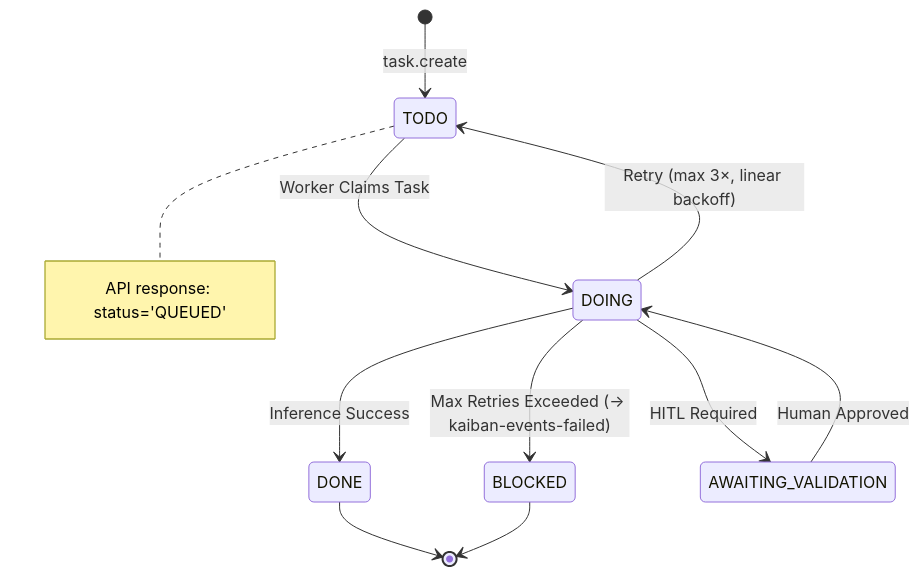
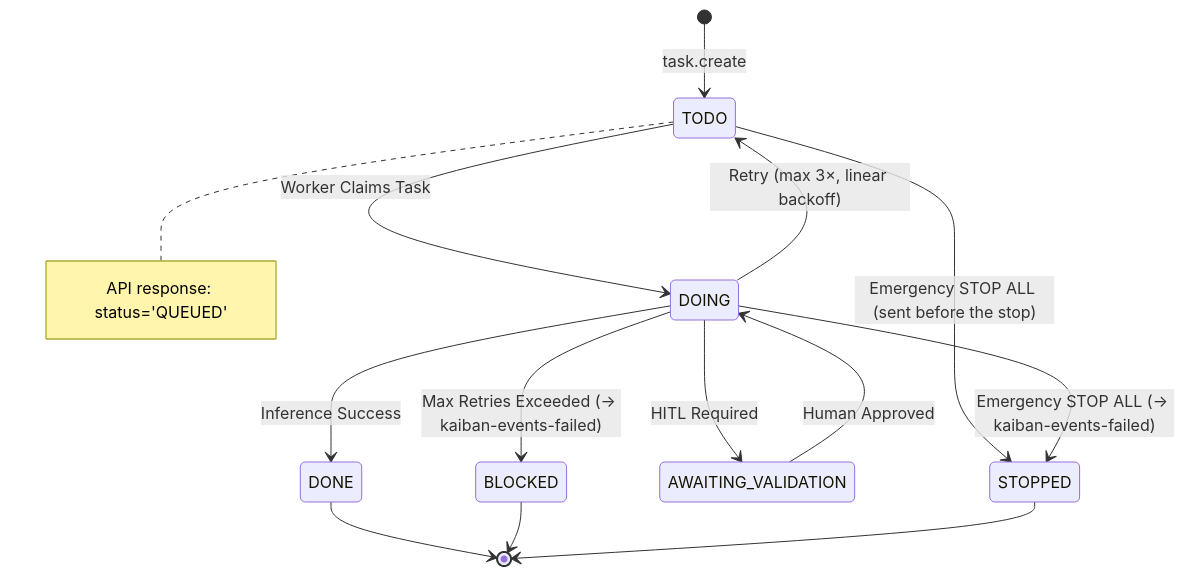
One commit to andreibesleaga/kaiban-distributed changed the fourth of 4 diagrams in README.md. Above: the diagram before and after it, drawn with Mermaid. The commit also changed other lines of this file and 98 other files, not shown here.

First line of the commit message:
feat(control): emergency STOP ALL (2.1.0, ADR-025)

````diff
--- a/README.md
+++ b/README.md
@@ -283,18 +283,22 @@
 ```mermaid
 stateDiagram-v2
     [*] --> TODO : task.create
     note right of TODO
         API response: status='QUEUED'
     end note
     TODO --> DOING : Worker Claims Task
 
     DOING --> DONE : Inference Success
     DOING --> TODO : Retry (max 3×, linear backoff)
     DOING --> BLOCKED : Max Retries Exceeded (→ kaiban-events-failed)
 
     DOING --> AWAITING_VALIDATION : HITL Required
     AWAITING_VALIDATION --> DOING : Human Approved
 
+    TODO --> STOPPED : Emergency STOP ALL (sent before the stop)
+    DOING --> STOPPED : Emergency STOP ALL (→ kaiban-events-failed)
+
     DONE --> [*]
     BLOCKED --> [*]
+    STOPPED --> [*]
 ```
````
